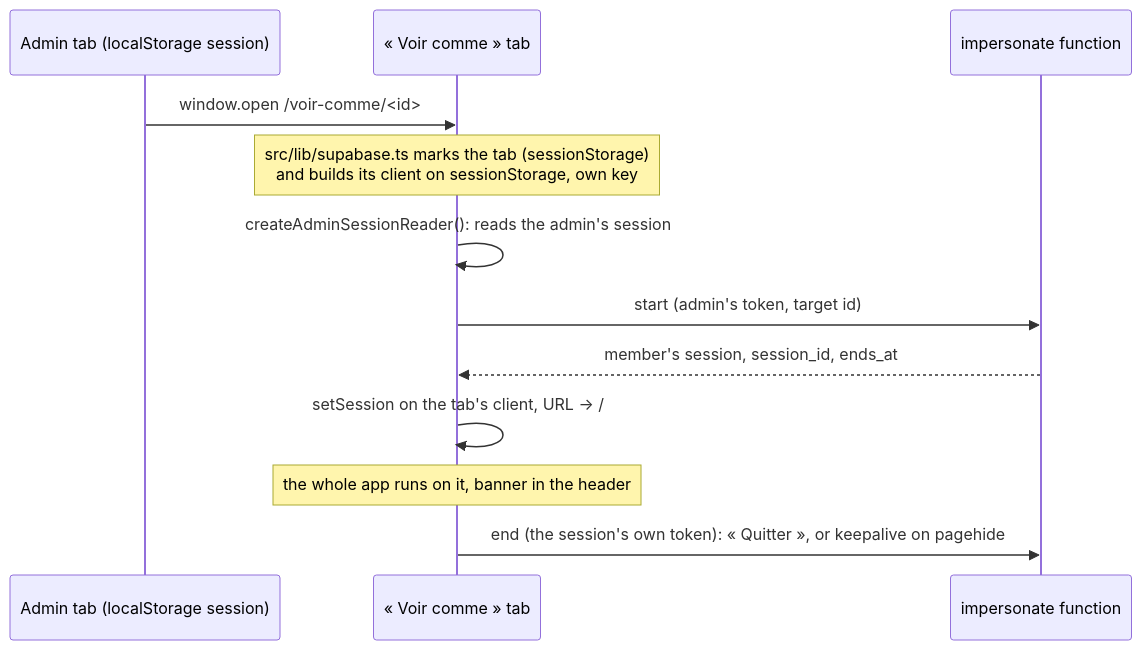
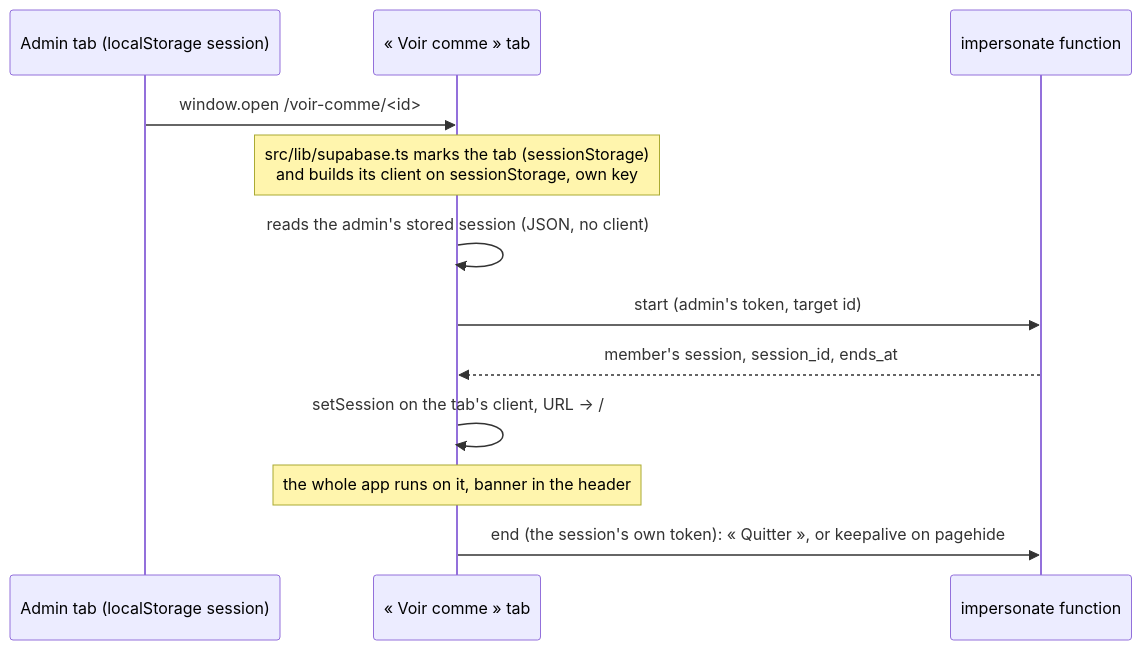
Before and after one commit to YULmix/yulmix-la-bedaine: the third of 3 diagrams in docs/05-frontend-guide.md, drawn with Mermaid. The commit also changed other lines of this file, not shown here.

Commit message:
docs(frontend): « Voir comme » reads the admin's session as JSON; reload, bfcache and duplicate-tab edges (#267)

````diff
--- a/docs/05-frontend-guide.md
+++ b/docs/05-frontend-guide.md
@@ -288,14 +288,14 @@
 ```mermaid
 sequenceDiagram
   participant A as Admin tab (localStorage session)
   participant T as « Voir comme » tab
   participant F as impersonate function
   A->>T: window.open /voir-comme/<id>
   Note over T: src/lib/supabase.ts marks the tab (sessionStorage)<br/>and builds its client on sessionStorage, own key
-  T->>T: createAdminSessionReader(): reads the admin's session
+  T->>T: reads the admin's stored session (JSON, no client)
   T->>F: start (admin's token, target id)
   F-->>T: member's session, session_id, ends_at
   T->>T: setSession on the tab's client, URL → /
   Note over T: the whole app runs on it, banner in the header
   T->>F: end (the session's own token): « Quitter », or keepalive on pagehide
 ```
````
